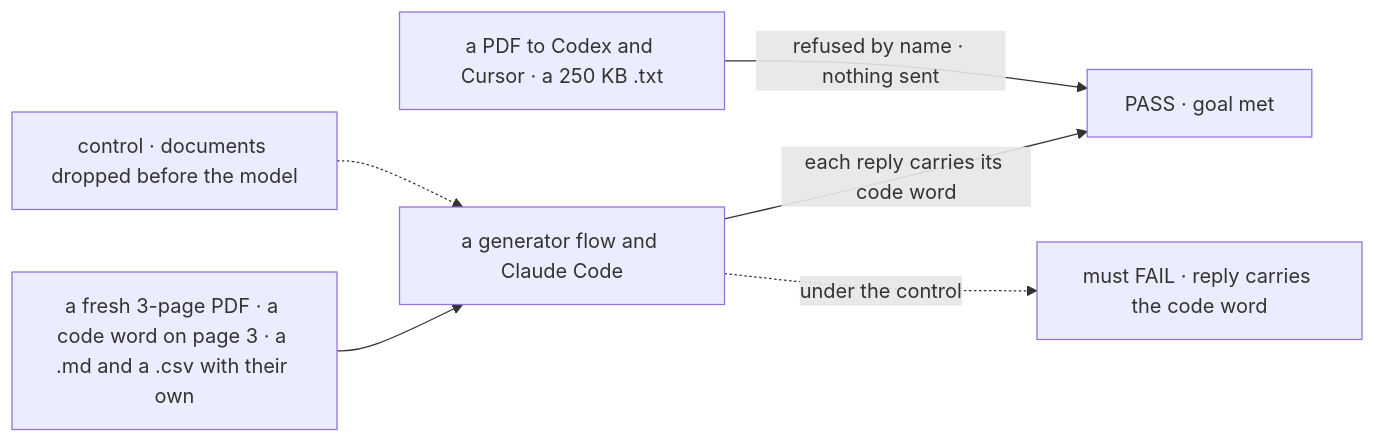
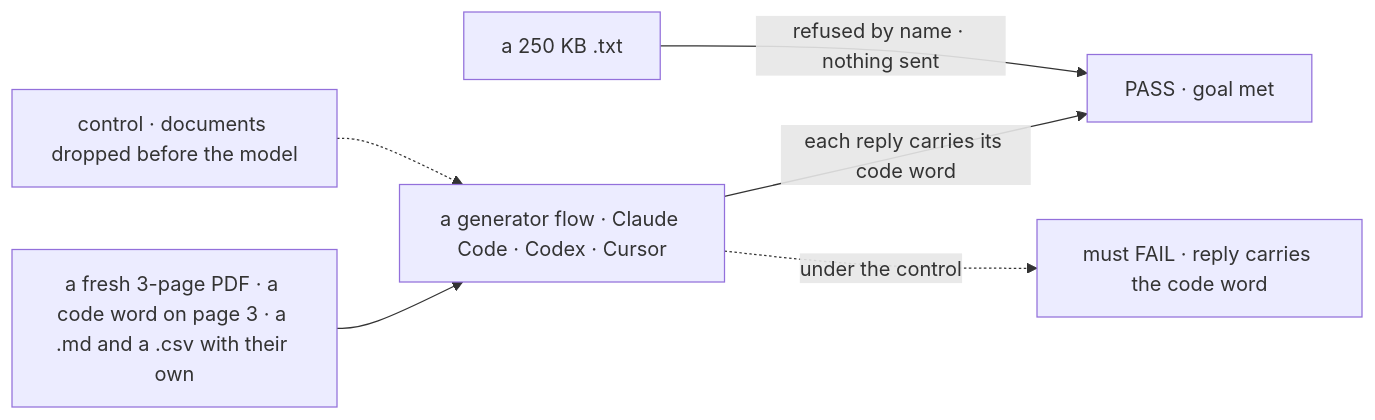
One commit to fixpoint-labs/flow-state-dev changed the diagram in specs/issues/FIX-2520/SPEC.md. Above: the diagram before and after it, drawn with Mermaid. The commit also changed other lines of this file and 24 other files, not shown here.

````diff
--- a/specs/issues/FIX-2520/SPEC.md
+++ b/specs/issues/FIX-2520/SPEC.md
@@ -27,8 +27,8 @@
 ```mermaid
 flowchart LR
-  I["a fresh 3-page PDF · a code word on page 3 · a .md and a .csv with their own"] --> T["a generator flow and Claude Code"]
+  I["a fresh 3-page PDF · a code word on page 3 · a .md and a .csv with their own"] --> T["a generator flow · Claude Code · Codex · Cursor"]
   T -->|"each reply carries its code word"| P["PASS · goal met"]
-  X["a PDF to Codex and Cursor · a 250 KB .txt"] -->|"refused by name · nothing sent"| P
+  X["a 250 KB .txt"] -->|"refused by name · nothing sent"| P
   C["control · documents dropped before the model"] -.-> T
   T -.->|"under the control"| F["must FAIL · reply carries the code word"]
 ```
````
